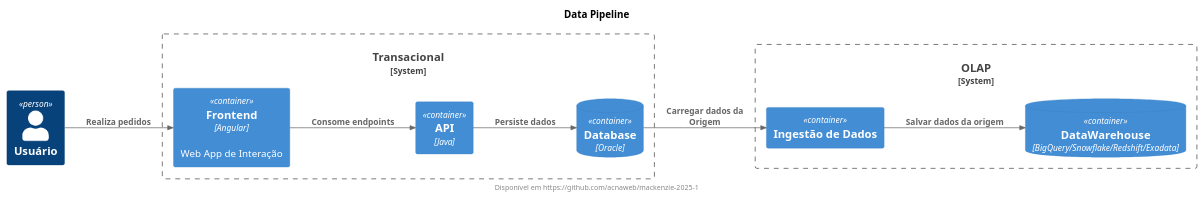
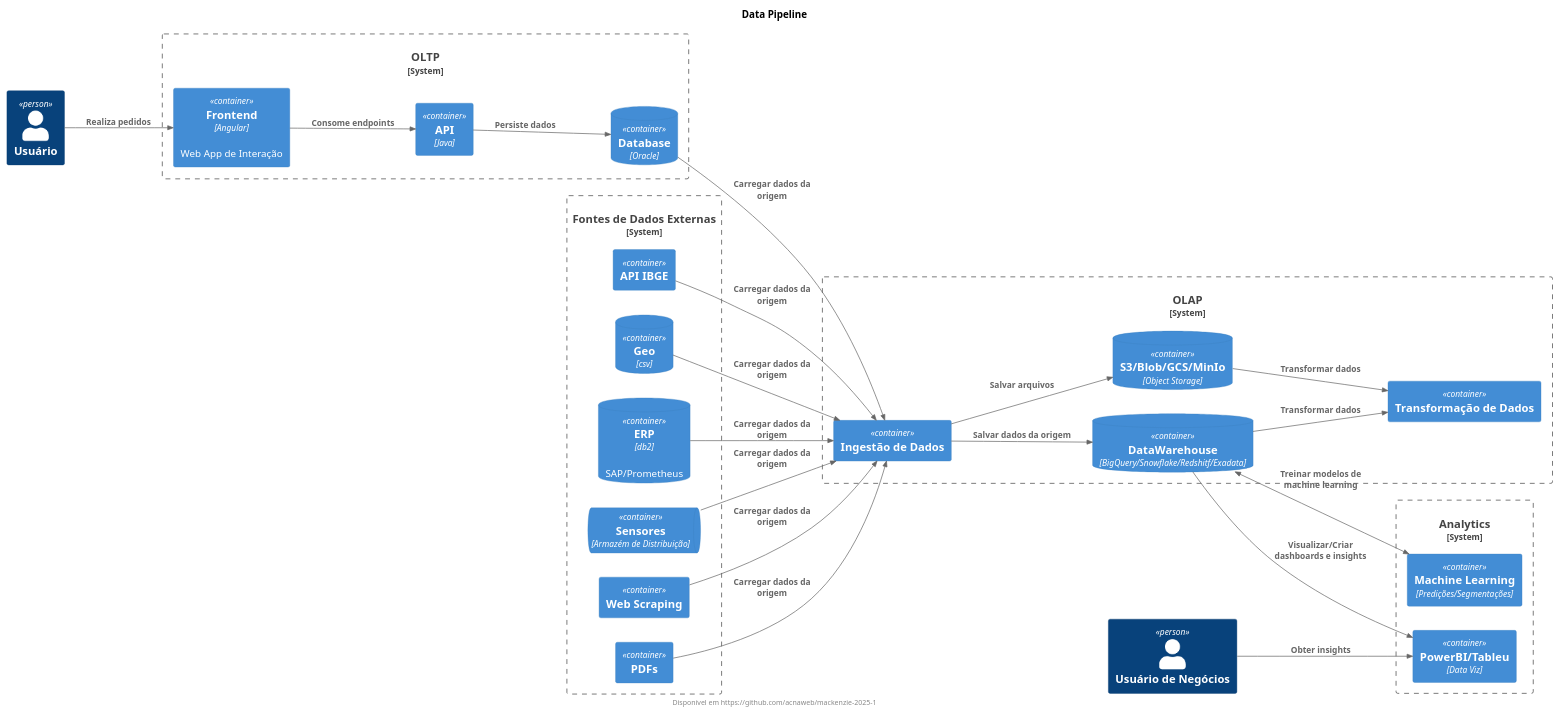
One commit to mepessanha/mba-dbre changed the diagram in diagrams/data_pipeline.puml. Above: the diagram before and after it, drawn with PlantUML. The commit also changed 1 other file, not shown here.

Commit message:
Atualizar diagrama e arquivo data_pipeline

```diff
--- a/diagrams/data_pipeline.puml
+++ b/diagrams/data_pipeline.puml
@@ -1,28 +1,59 @@
 @startuml diagram
 title Data Pipeline
 footer Disponível em https://github.com/acnaweb/mackenzie-2025-1
 
 !include https://raw.githubusercontent.com/plantuml-stdlib/C4-PlantUML/master/C4_Context.puml
 !include https://raw.githubusercontent.com/plantuml-stdlib/C4-PlantUML/master/C4_Container.puml
 LAYOUT_LANDSCAPE()
 
 Person(user, "Usuário")
+Person(user_business, "Usuário de Negócios")
 
-System_Boundary(transacional, "Transacional"){
+System_Boundary(oltp, "OLTP"){
     Container(frontend, "Frontend", "Angular", "Web App de Interação")
     Container(api, "API", "Java")
     ContainerDb(db, "Database", "Oracle")
 }   
 
-    System_Boundary(olap, "OLAP"){
-        Container(job, "Ingestão de Dados")
-        ContainerDb(dw, "DataWarehouse", "BigQuery/Snowflake/Redshift/Exadata")
-        Rel(job, dw, "Salvar dados da origem")
-    }
+System_Boundary(olap, "OLAP"){
+    Container(extraction, "Ingestão de Dados")
+    ContainerDb(dw, "DataWarehouse", "BigQuery/Snowflake/Redshitf/Exadata")
+    ContainerDb(object_storage, "S3/Blob/GCS/MinIo", "Object Storage")
+    Container(transformation, "Transformação de Dados")
+
+    Rel(extraction, dw, "Salvar dados da origem")
+    Rel(extraction, object_storage, "Salvar arquivos")
+    Rel(dw, transformation, "Transformar dados")
+    Rel(object_storage, transformation, "Transformar dados")
+}
+
+System_Boundary(data_sources, "Fontes de Dados Externas"){
+    Container(ibge, "API IBGE")
+    ContainerDb(correio, "Geo", "csv")
+    ContainerDb(erp, "ERP", "db2", "SAP/Prometheus")
+    ContainerQueue(iot, "Sensores", "Armazém de Distribuição")
+    Container(scraping, "Web Scraping")
+    Container(pdf, "PDFs")
+}
+
+System_Boundary(analytics, "Analytics"){
+    Container(dataviz, "PowerBI/Tableu", "Data Viz")
+    Container(ml, "Machine Learning", "Predições/Segmentações")
+}
 
 Rel(user, frontend, "Realiza pedidos")
+Rel(user_business, dataviz, "Obter insights")
+
 Rel(frontend, api, "Consome endpoints")
 Rel(api, db, "Persiste dados")
-Rel(db, job, "Carregar dados da Origem")
+Rel(db, extraction, "Carregar dados da origem")
+Rel(ibge, extraction, "Carregar dados da origem")
+Rel(correio, extraction, "Carregar dados da origem")
+Rel(erp, extraction, "Carregar dados da origem")
+Rel(iot, extraction, "Carregar dados da origem")
+Rel(scraping, extraction, "Carregar dados da origem")
+Rel(pdf, extraction, "Carregar dados da origem")
+Rel(dw, dataviz, "Visualizar/Criar dashboards e insights")
+BiRel(dw, ml, "Treinar modelos de machine learning")
 
 @enduml
```
